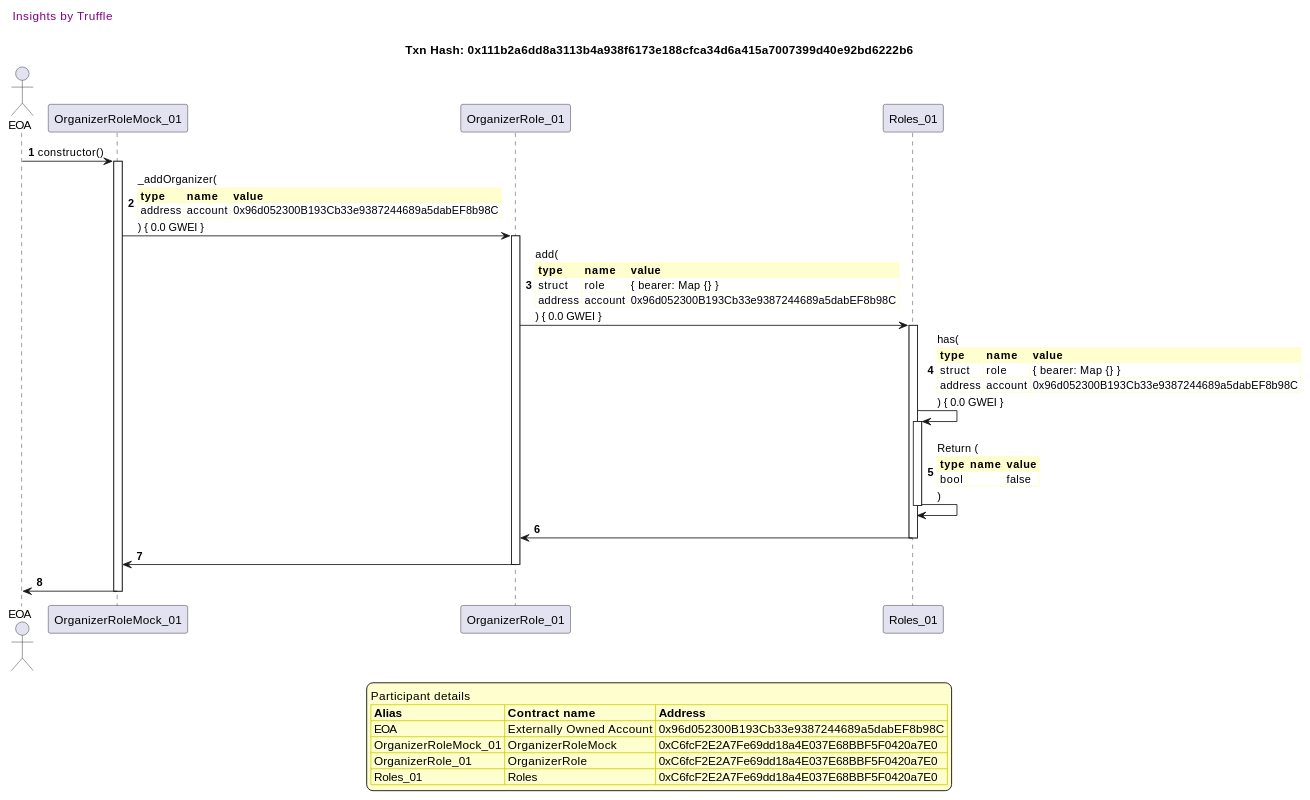
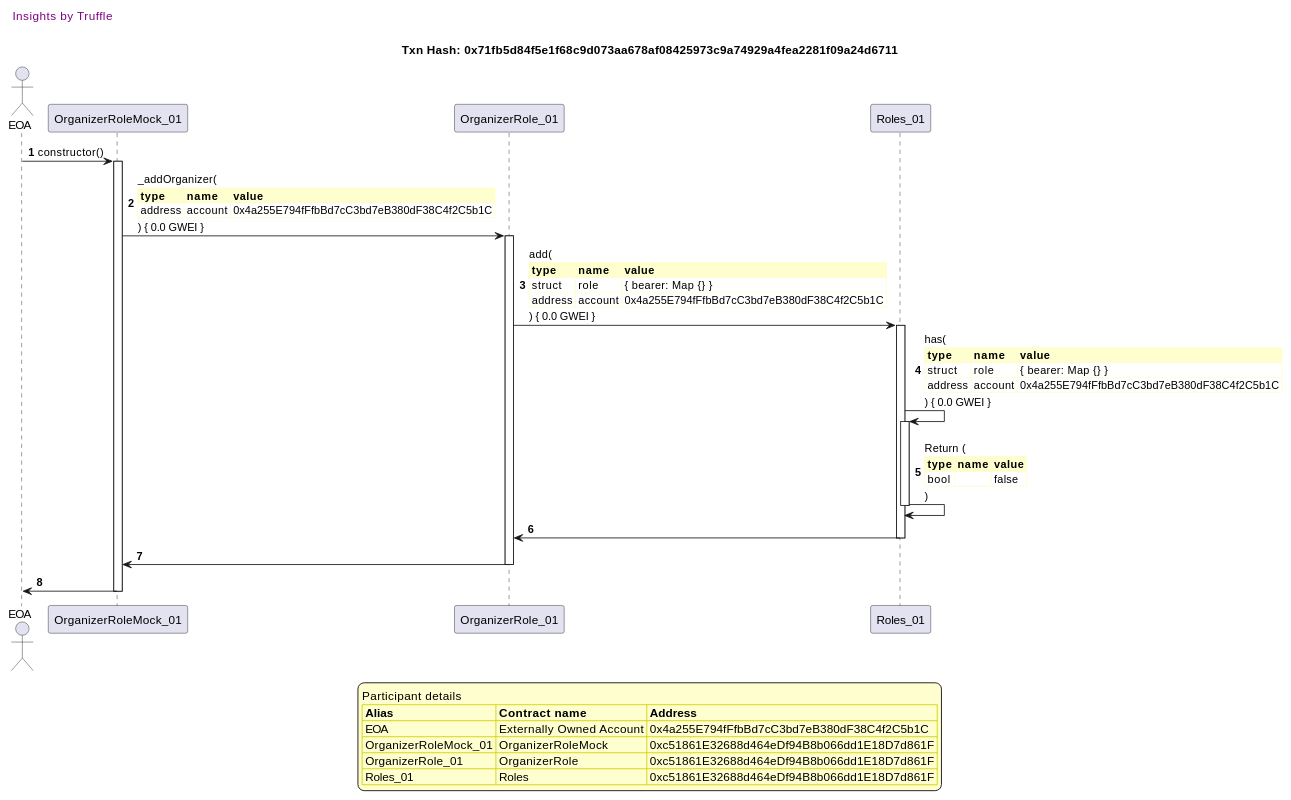
One commit to fodisi/hackapay changed the fifth of 41 diagrams in truffle-seq/roles_organizerrole.md. Above: the diagram before and after it, drawn with PlantUML. The commit also changed other lines of this file and 10 other files, not shown here.

````diff
--- a/truffle-seq/roles_organizerrole.md
+++ b/truffle-seq/roles_organizerrole.md
@@ -331,61 +331,61 @@
 ```plantuml
 
 
 @startuml
 
 autonumber
 skinparam legendBackgroundColor #FEFECE
 
 <style>
       header {
         HorizontalAlignment left
         FontColor purple
         FontSize 14
         Padding 10
       }
     </style>
 
 header Insights by Truffle
 
-title Txn Hash: 0x111b2a6dd8a3113b4a938f6173e188cfca34d6a415a7007399d40e92bd6222b6
+title Txn Hash: 0x71fb5d84f5e1f68c9d073aa678af08425973c9a74929a4fea2281f09a24d6711
 
 
 actor EOA as "EOA"
 participant OrganizerRoleMock_01 as "OrganizerRoleMock_01"
 participant OrganizerRole_01 as "OrganizerRole_01"
 participant Roles_01 as "Roles_01"
 
 "EOA" -> "OrganizerRoleMock_01" ++: constructor()
 "OrganizerRoleMock_01" -> "OrganizerRole_01" ++: _addOrganizer(\n\
 <#FEFECE,#FEFECE>|= type |= name |= value |\n\
-| address | account | 0x96d052300B193Cb33e9387244689a5dabEF8b98C |\n\
+| address | account | 0x4a255E794fFfbBd7cC3bd7eB380dF38C4f2C5b1C |\n\
 ) { 0.0 GWEI }
 "OrganizerRole_01" -> "Roles_01" ++: add(\n\
 <#FEFECE,#FEFECE>|= type |= name |= value |\n\
 | struct | role | { bearer: Map {} } |\n\
-| address | account | 0x96d052300B193Cb33e9387244689a5dabEF8b98C |\n\
+| address | account | 0x4a255E794fFfbBd7cC3bd7eB380dF38C4f2C5b1C |\n\
 ) { 0.0 GWEI }
 "Roles_01" -> "Roles_01" ++: has(\n\
 <#FEFECE,#FEFECE>|= type |= name |= value |\n\
 | struct | role | { bearer: Map {} } |\n\
-| address | account | 0x96d052300B193Cb33e9387244689a5dabEF8b98C |\n\
+| address | account | 0x4a255E794fFfbBd7cC3bd7eB380dF38C4f2C5b1C |\n\
 ) { 0.0 GWEI }
 "Roles_01" -> "Roles_01" --: Return (\n\
 <#FEFECE,#FEFECE>|= type |= name |= value |\n\
 | bool |  | false |\n\
 )
 "Roles_01" -> "OrganizerRole_01" --: 
 "OrganizerRole_01" -> "OrganizerRoleMock_01" --: 
 "OrganizerRoleMock_01" -> "EOA" --: 
 
 legend
 Participant details
 <#FEFECE,#D0D000>|= Alias |= Contract name |= Address |
-<#FEFECE>| EOA | Externally Owned Account | 0x96d052300B193Cb33e9387244689a5dabEF8b98C |
-<#FEFECE>| OrganizerRoleMock_01 | OrganizerRoleMock | 0xC6fcF2E2A7Fe69dd18a4E037E68BBF5F0420a7E0 |
-<#FEFECE>| OrganizerRole_01 | OrganizerRole | 0xC6fcF2E2A7Fe69dd18a4E037E68BBF5F0420a7E0 |
-<#FEFECE>| Roles_01 | Roles | 0xC6fcF2E2A7Fe69dd18a4E037E68BBF5F0420a7E0 |
+<#FEFECE>| EOA | Externally Owned Account | 0x4a255E794fFfbBd7cC3bd7eB380dF38C4f2C5b1C |
+<#FEFECE>| OrganizerRoleMock_01 | OrganizerRoleMock | 0xc51861E32688d464eDf94B8b066dd1E18D7d861F |
+<#FEFECE>| OrganizerRole_01 | OrganizerRole | 0xc51861E32688d464eDf94B8b066dd1E18D7d861F |
+<#FEFECE>| Roles_01 | Roles | 0xc51861E32688d464eDf94B8b066dd1E18D7d861F |
 endlegend
 
 @enduml
 ```
````
